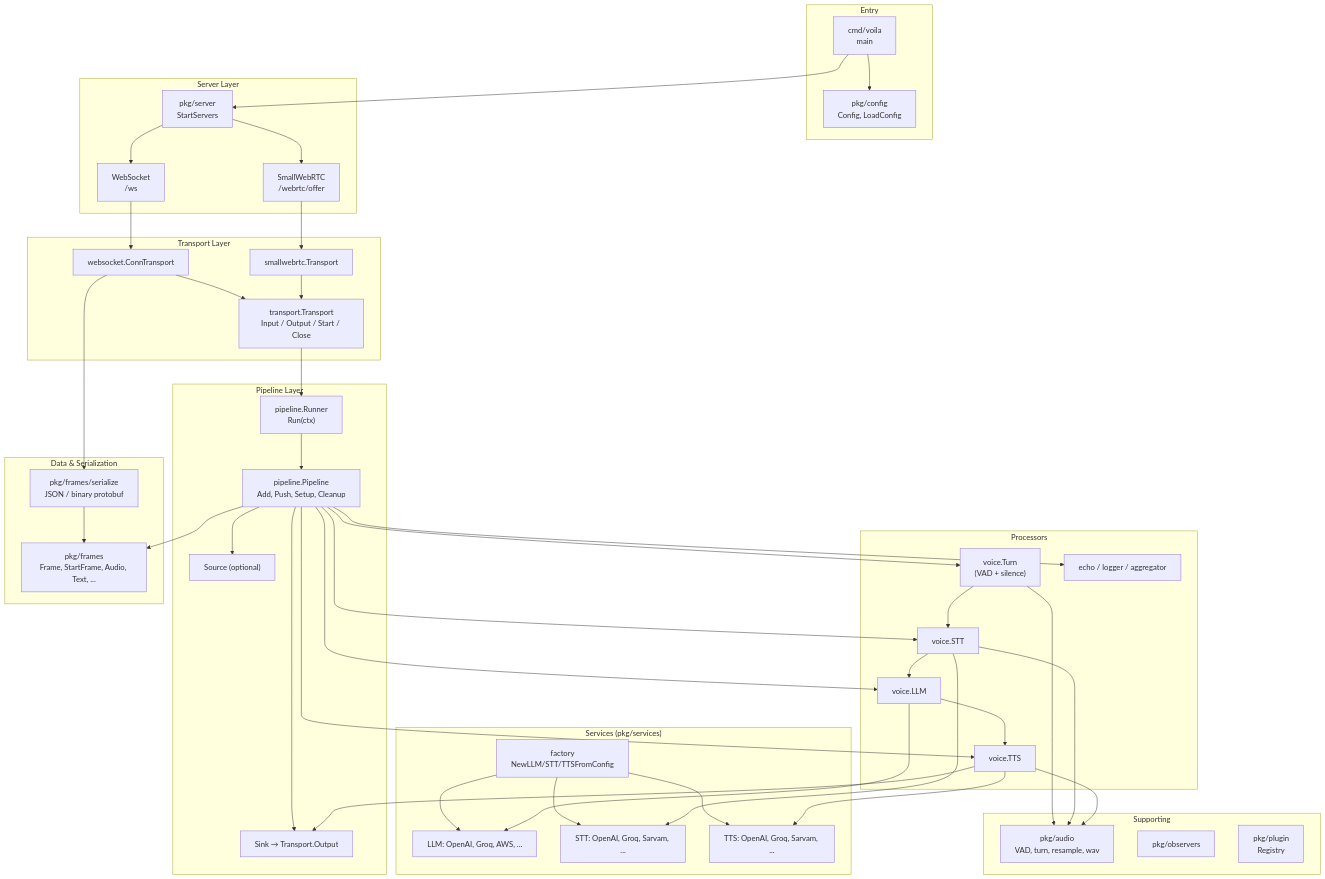
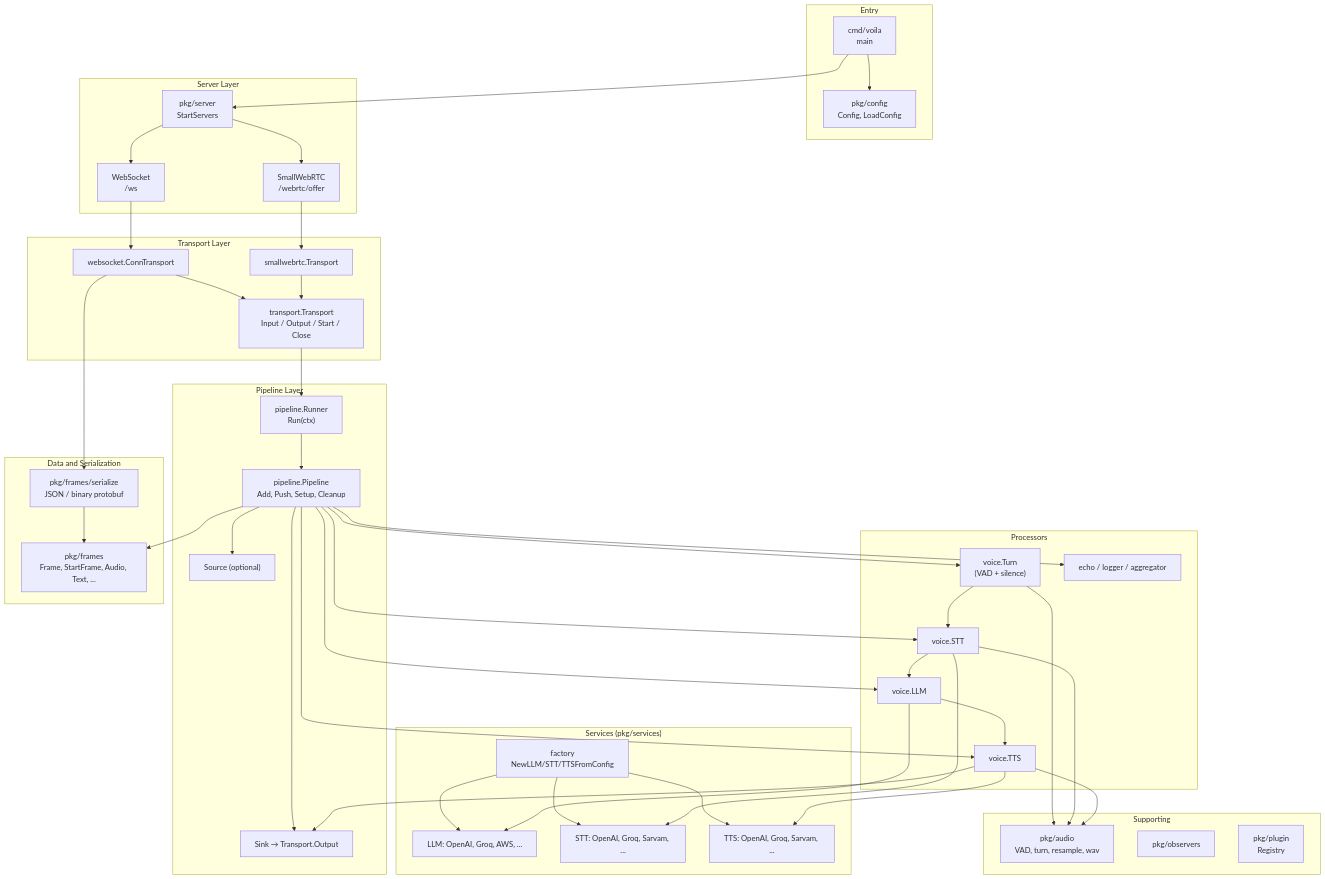
Before and after one commit to Voxray-AI/Voxray-AI: the first of 2 diagrams in docs/ARCHITECTURE.md, drawn with Mermaid. The commit also changed other lines of this file and 16 other files, not shown here.

```diff
--- a/docs/ARCHITECTURE.md
+++ b/docs/ARCHITECTURE.md
@@ -94,7 +94,7 @@
         TTSSvc["TTS: OpenAI, Groq, Sarvam, ..."]
     end
 
-    subgraph Data["Data & Serialization"]
+    subgraph Data["Data and Serialization"]
         Frames["pkg/frames\nFrame, StartFrame, Audio, Text, ..."]
         Serialize["pkg/frames/serialize\nJSON / binary protobuf"]
     end
```
